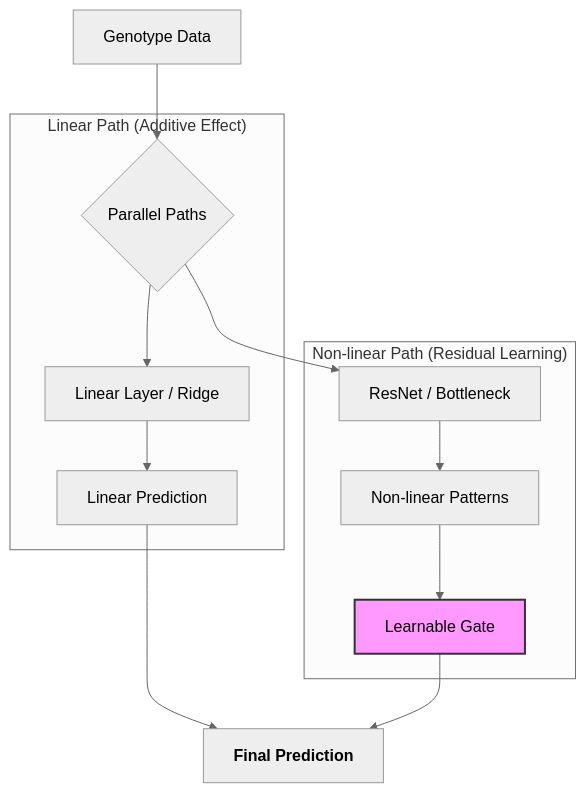
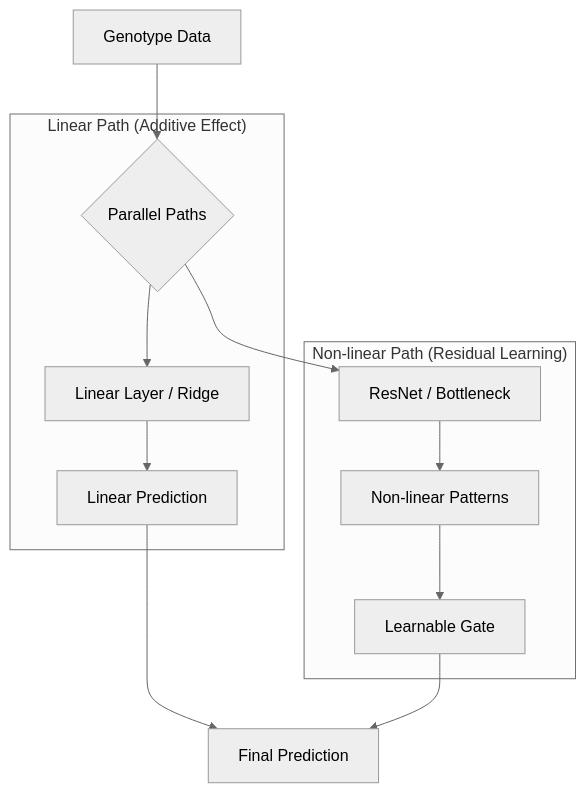
Before and after one commit to hoso-jpn/genomic-prediction-resnet-hybrid: the diagram in README.md, drawn with Mermaid (neutral theme).

Commit message:
feat: Implement Gated-Parallel-ResNet for non-linear genomic prediction. Confirmed +0.07 improvement in Fold 10.

````diff
--- a/README.md
+++ b/README.md
@@ -6,21 +6,18 @@
 ```mermaid
 graph TD
     A[Genotype Data] --> B{Parallel Paths}
     
     subgraph "Linear Path (Additive Effect)"
         B --> C[Linear Layer / Ridge]
         C --> D[Linear Prediction]
     end
     
     subgraph "Non-linear Path (Residual Learning)"
         B --> E[ResNet / Bottleneck]
         E --> F[Non-linear Patterns]
         F --> G[Learnable Gate]
     end
     
     D --> H[Final Prediction]
     G --> H
-    
-    style G fill:#f9f,stroke:#333,stroke-width:2px
-    style H font-weight:bold
 ```
````
